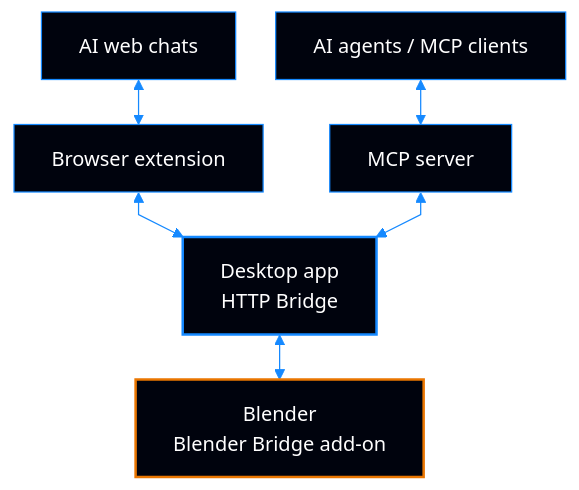
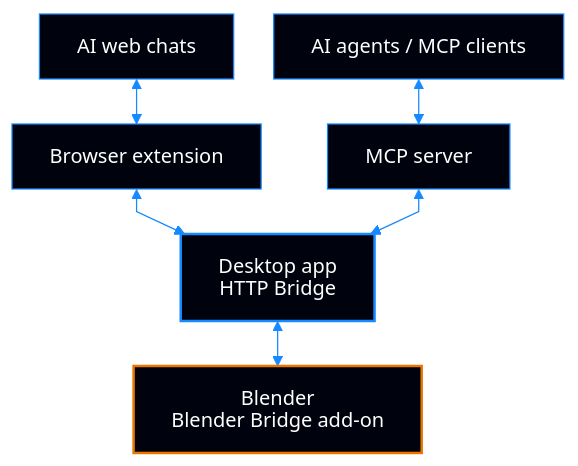
The diagram in README.md (Blender-Bridge/blender-bridge), drawn with Mermaid before and after one commit.

Commit message:
Use SVG labels for reliable diagram text rendering

````diff
--- a/README.md
+++ b/README.md
@@ -41,17 +41,17 @@
 ```mermaid
-%%{init: {"theme":"base","themeVariables":{"fontFamily":"Arial, sans-serif","fontSize":"16px","lineColor":"#1589ff","textColor":"#ffffff","edgeLabelBackground":"#00030d"},"flowchart":{"htmlLabels":false,"curve":"linear","nodeSpacing":32,"rankSpacing":36}}}%%
+%%{init: {"theme":"base","themeVariables":{"fontFamily":"Arial, sans-serif","fontSize":"16px","lineColor":"#1589ff","textColor":"#ffffff","edgeLabelBackground":"#00030d"},"flowchart":{"curve":"linear","nodeSpacing":32,"rankSpacing":36},"htmlLabels":false}}%%
 flowchart TB
     chat["AI web chats"] <--> extension["Browser extension"]
     agent["AI agents / MCP clients"] <--> mcp["MCP server"]
     extension <--> bridge["Desktop app<br/>HTTP Bridge"]
     mcp <--> bridge
     bridge <--> blender["Blender<br/>Blender Bridge add-on"]
 
     classDef ai fill:#00030d,stroke:#1589ff,color:#ffffff
     classDef core fill:#00030d,stroke:#1589ff,color:#ffffff,stroke-width:2px
     classDef scene fill:#00030d,stroke:#ea7600,color:#ffffff,stroke-width:2px
     class chat,agent,extension,mcp ai
     class bridge core
     class blender scene
     linkStyle default stroke:#1589ff
 ```
````
